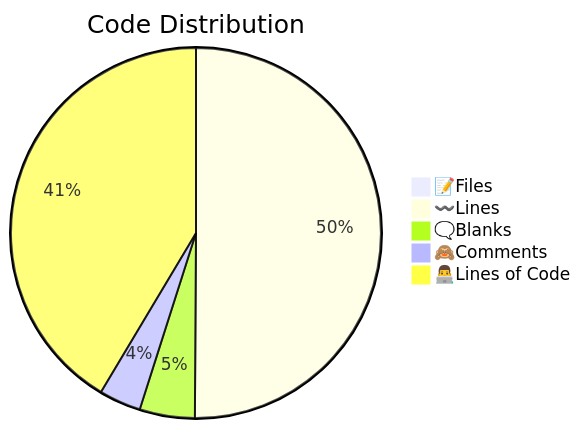
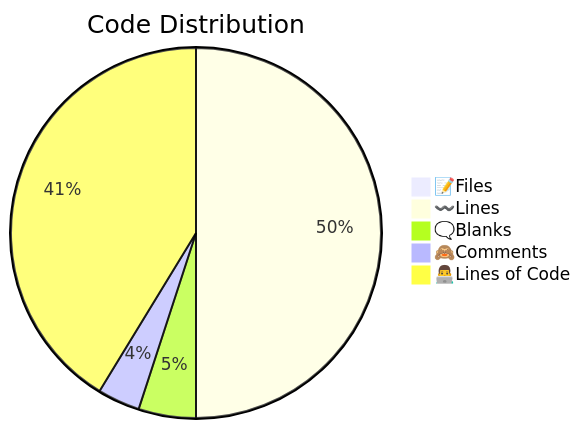
Before and after one commit to PyNetic/PyNetic: the second of 2 diagrams in .github/stats/Code Statistics.md, drawn with Mermaid. The commit also changed other lines of this file, not shown here.

````diff
--- a/.github/stats/Code Statistics.md
+++ b/.github/stats/Code Statistics.md
@@ -22,8 +16,8 @@
-```mermaid  
-pie title Code Distribution  
-    "📝Files" : 4
-    "〰️Lines" : 260
-    "🗨️Blanks" : 25
-    "🙈Comments" : 19
-    "👨‍💻Lines of Code" : 215
-```  
+```mermaid
+pie title Code Distribution
+    "📝Files" : 40
+    "〰️Lines" : 2614
+    "🗨️Blanks" : 262
+    "🙈Comments" : 194
+    "👨‍💻Lines of Code" : 2158
+```
````
